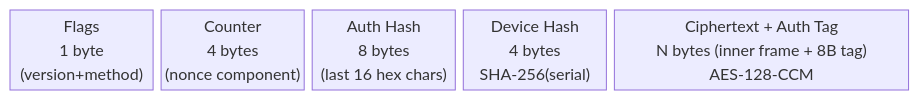
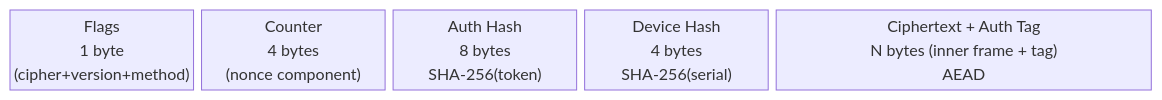
Before and after one commit to tago-io/tagotip: the second of 3 diagrams in TagoTiPs.md, drawn with Mermaid. The commit also changed other lines of this file, not shown here.

````diff
--- a/TagoTiPs.md
+++ b/TagoTiPs.md
@@ -47,9 +47,9 @@
 ```mermaid
 block-beta
   columns 6
-  FL["Flags\n1 byte\n(version+method)"]:1
+  FL["Flags\n1 byte\n(cipher+version+method)"]:1
   CTR["Counter\n4 bytes\n(nonce component)"]:1
-  AH["Auth Hash\n8 bytes\n(last 16 hex chars)"]:1
+  AH["Auth Hash\n8 bytes\nSHA-256(token)"]:1
   DH["Device Hash\n4 bytes\nSHA-256(serial)"]:1
-  CT["Ciphertext + Auth Tag\nN bytes (inner frame + 8B tag)\nAES-128-CCM"]:2
+  CT["Ciphertext + Auth Tag\nN bytes (inner frame + tag)\nAEAD"]:2
 ```
````
